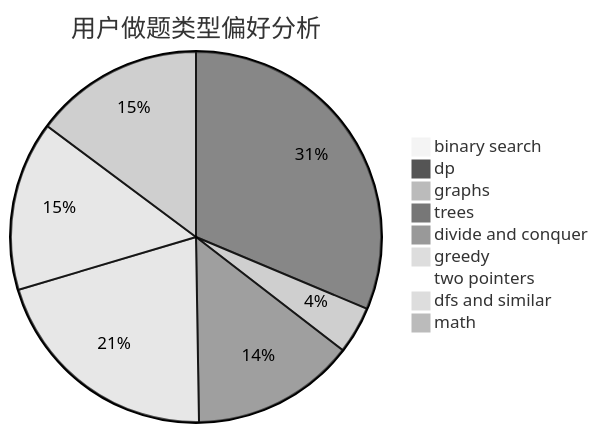
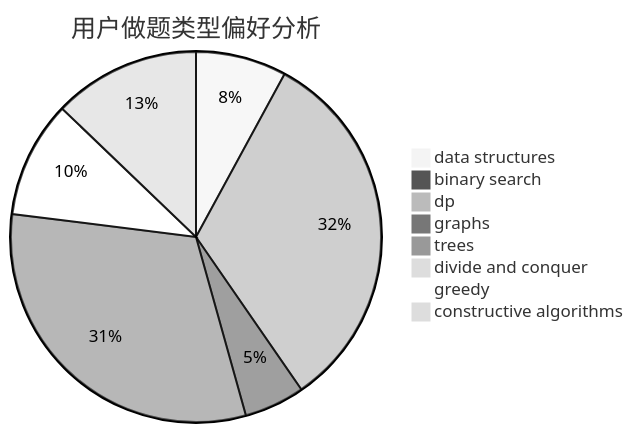
Before and after one commit to sherpahu/cfrs.github.io: the second of 3 diagrams in docs/user/u2265.md, drawn with Mermaid (neutral theme). The commit also changed other lines of this file and 2775 other files, not shown here.

````diff
--- a/docs/user/u2265.md
+++ b/docs/user/u2265.md
@@ -23,12 +23,11 @@
 ```mermaid
 pie title 用户做题类型偏好分析
+    "data structures" :  21
     "binary search" :  0
-    "dp" :  182
-    "graphs" :  24
+    "dp" :  86
+    "graphs" :  14
     "trees" :  83
     "divide and conquer" :  0
-    "greedy" :  120
-    "two pointers" :  0
-    "dfs and similar" :  86
-    "math" :  86
+    "greedy" :  27
+    "constructive algorithms" :  34
 ```
````
